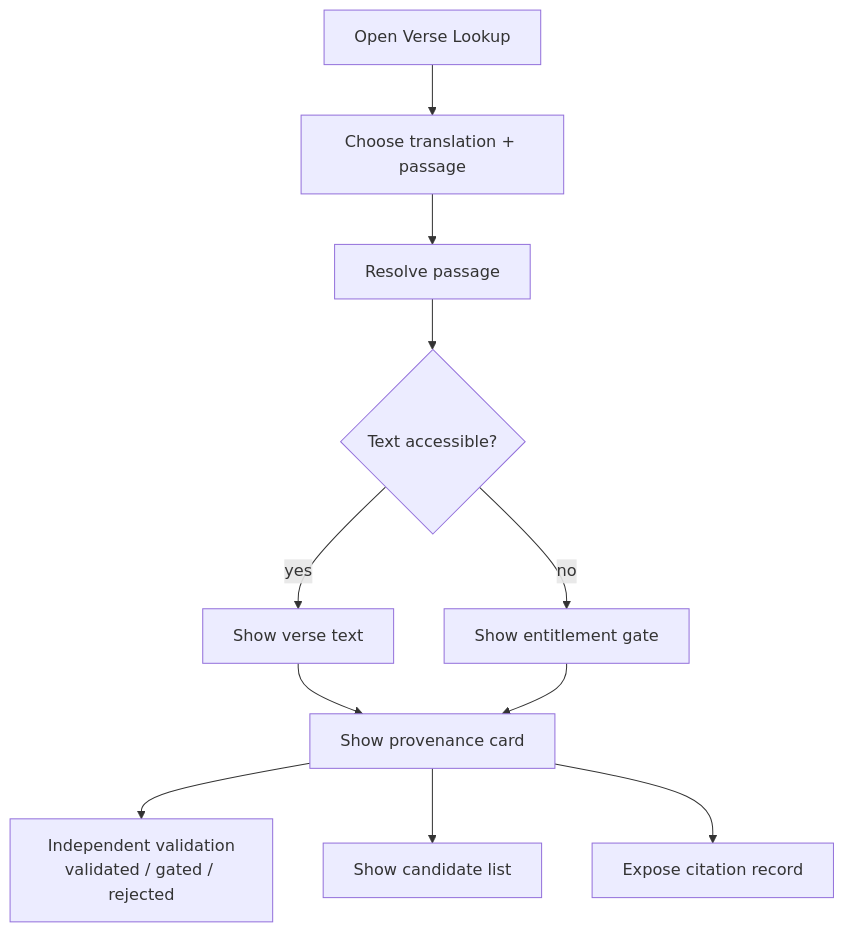
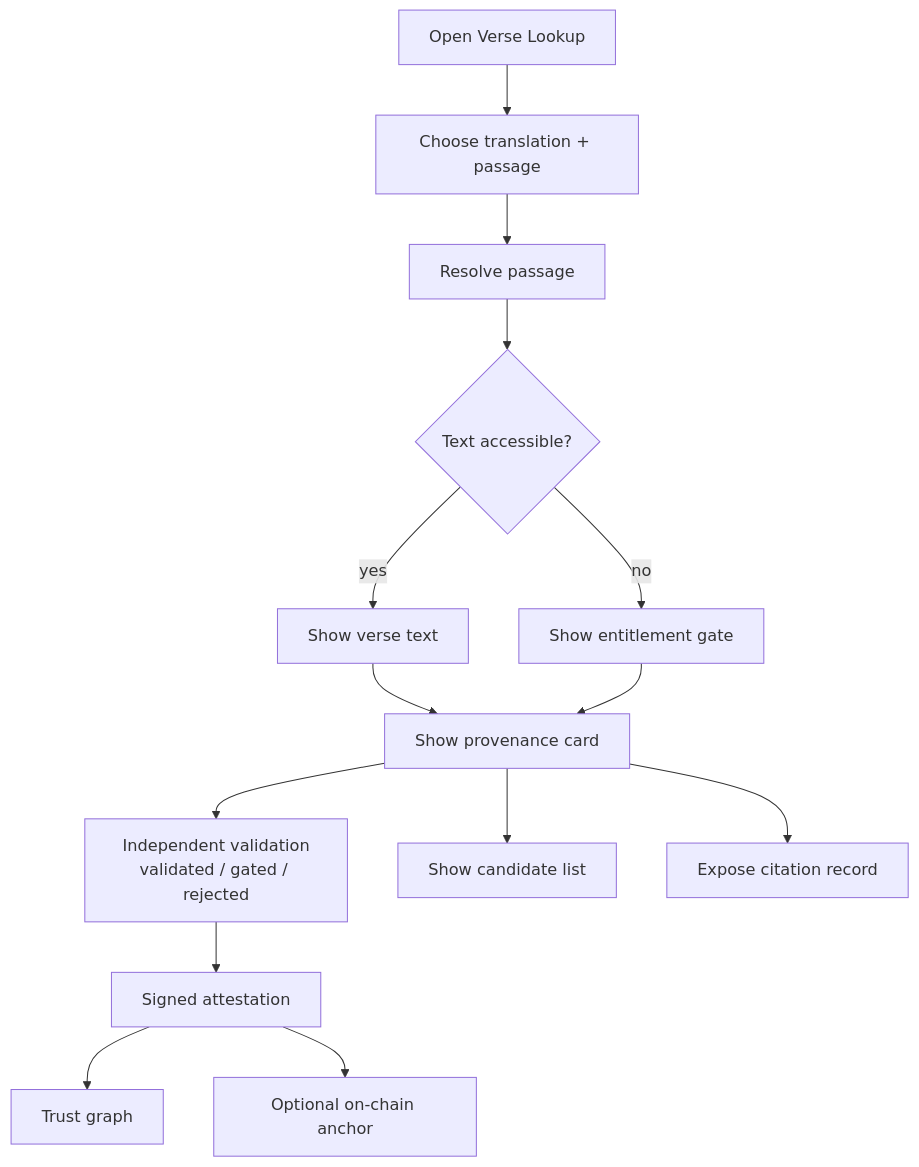
Before and after one commit to rpedersen3/verifiable-content-demo: the first of 3 diagrams in documents/information-architecture.md, drawn with Mermaid. The commit also changed other lines of this file and 13 other files, not shown here.

````diff
--- a/documents/information-architecture.md
+++ b/documents/information-architecture.md
@@ -18,22 +19,28 @@
 ```mermaid
 flowchart TD
   Start["Open Verse Lookup"]
   Choose["Choose translation + passage"]
   Resolve["Resolve passage"]
   Access{"Text accessible?"}
   Verse["Show verse text"]
   Gate["Show entitlement gate"]
   Provenance["Show provenance card"]
   Validate["Independent validation\nvalidated / gated / rejected"]
+  Attestation["Signed attestation"]
+  Graph["Trust graph"]
+  Anchor["Optional on-chain anchor"]
   Candidates["Show candidate list"]
   Citation["Expose citation record"]
 
   Start --> Choose --> Resolve --> Access
   Access -->|yes| Verse
   Access -->|no| Gate
   Verse --> Provenance
   Gate --> Provenance
   Provenance --> Validate
+  Validate --> Attestation
+  Attestation --> Graph
+  Attestation --> Anchor
   Provenance --> Candidates
   Provenance --> Citation
 ```
````
